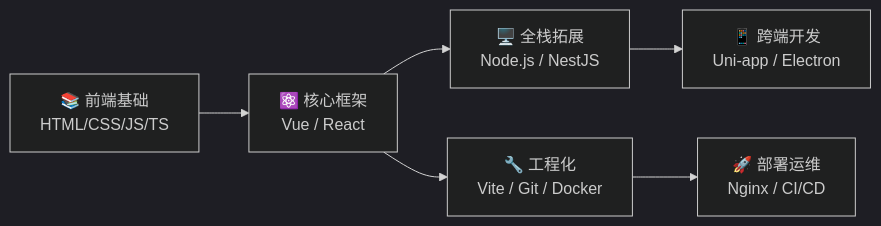
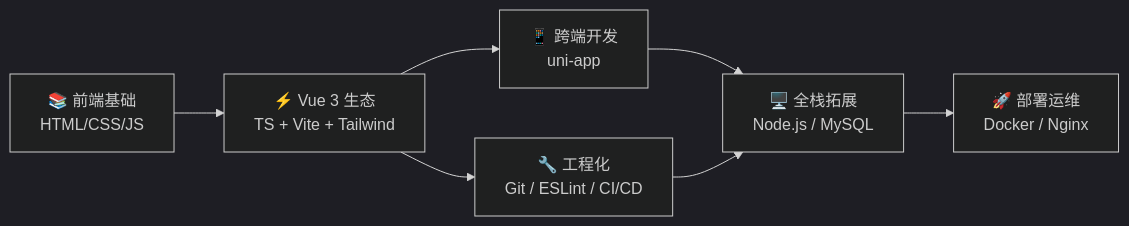
One commit to Violet-Viper6/Violet-Viper6 changed the diagram in README.md. Above: the diagram before and after it, drawn with Mermaid (dark theme). The commit also changed other lines of this file, not shown here.

Commit message:
🎨 Refine: Vue 3 focus, tiered tech stack, AI tools, remove projects

````diff
--- a/README.md
+++ b/README.md
@@ -83,8 +84,9 @@
 ```mermaid
 graph LR
-    A[📚 前端基础<br/>HTML/CSS/JS/TS] --> B[⚛️ 核心框架<br/>Vue / React]
-    B --> C[🖥️ 全栈拓展<br/>Node.js / NestJS]
-    C --> D[📱 跨端开发<br/>Uni-app / Electron]
-    B --> E[🔧 工程化<br/>Vite / Git / Docker]
-    E --> F[🚀 部署运维<br/>Nginx / CI/CD]
+    A[📚 前端基础<br/>HTML/CSS/JS] --> B[⚡ Vue 3 生态<br/>TS + Vite + Tailwind]
+    B --> C[📱 跨端开发<br/>uni-app]
+    B --> D[🔧 工程化<br/>Git / ESLint / CI/CD]
+    C --> E[🖥️ 全栈拓展<br/>Node.js / MySQL]
+    D --> E
+    E --> F[🚀 部署运维<br/>Docker / Nginx]
 ```
````
